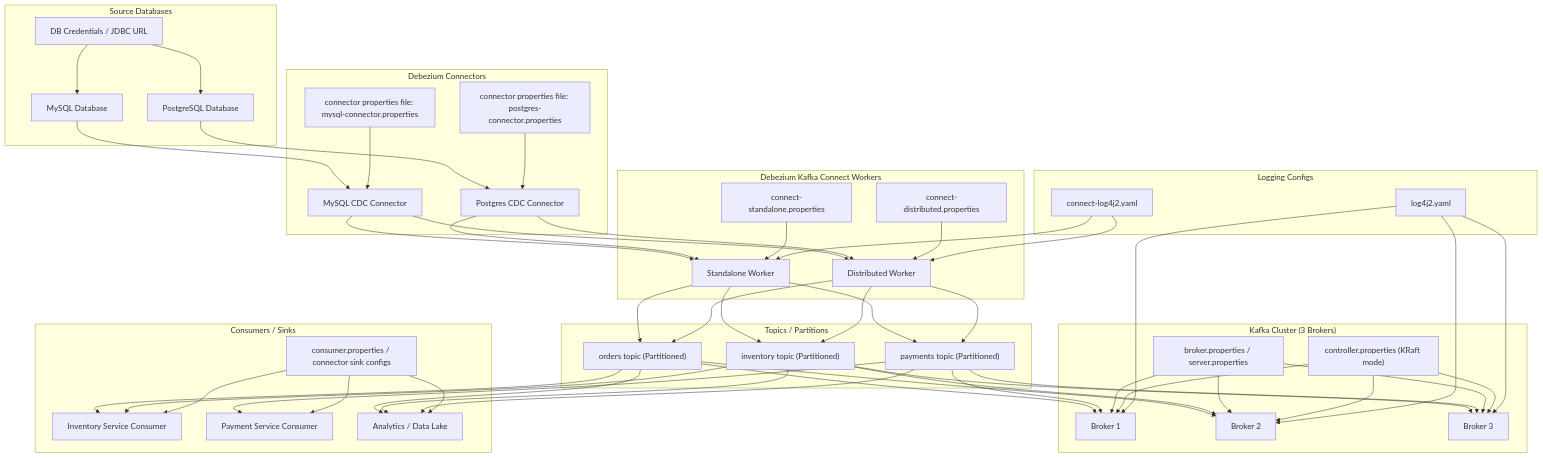
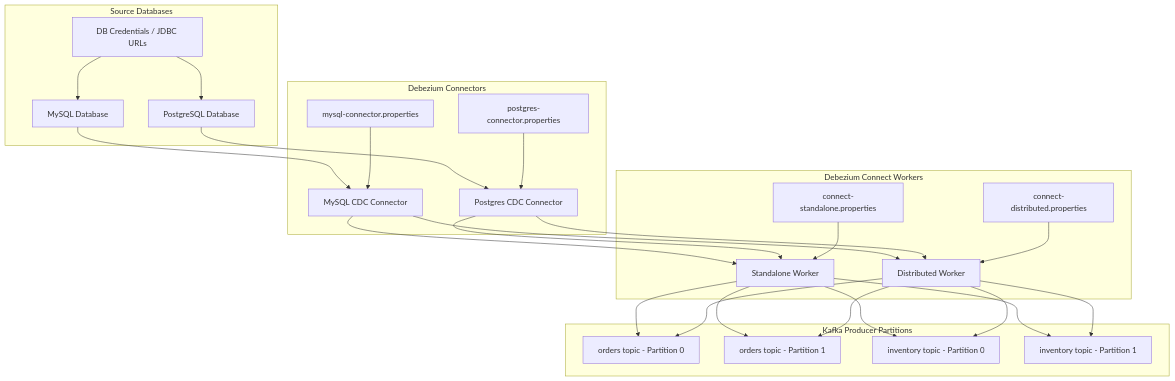
The first of 5 diagrams in README.md (Mallick17/AWS-Analytics), drawn with Mermaid before and after one commit.

````diff
--- a/README.md
+++ b/README.md
@@ -443,68 +443,56 @@
 ```mermaid
 flowchart TD
 
-%% Source Databases
+%% ============================
+%% SOURCE DATABASES
+%% ============================
 subgraph SourceDB["Source Databases"]
     MySQLDB[MySQL Database]
     PostgresDB[PostgreSQL Database]
-    DBConfig["DB Credentials / JDBC URL"]
+    DBConfig["DB Credentials / JDBC URLs"]
 end
 
-%% Debezium Connect Workers
-subgraph Debezium["Debezium Kafka Connect Workers"]
+%% ============================
+%% DEBEZIUM CONNECT WORKERS
+%% ============================
+subgraph DebeziumWorkers["Debezium Connect Workers"]
     Standalone[Standalone Worker]
     Distributed[Distributed Worker]
     StandaloneConfig["connect-standalone.properties"]
     DistributedConfig["connect-distributed.properties"]
 end
 
-%% Debezium Connectors
+%% ============================
+%% DEBEZIUM CONNECTORS
+%% ============================
 subgraph Connectors["Debezium Connectors"]
     MySQLConnector[MySQL CDC Connector]
     PostgresConnector[Postgres CDC Connector]
-    ConnectorConfig1["connector properties file: mysql-connector.properties"]
-    ConnectorConfig2["connector properties file: postgres-connector.properties"]
+    ConnectorConfig1["mysql-connector.properties"]
+    ConnectorConfig2["postgres-connector.properties"]
 end
 
-%% Kafka Cluster
-subgraph KafkaCluster["Kafka Cluster (3 Brokers)"]
-    Broker1[Broker 1]
-    Broker2[Broker 2]
-    Broker3[Broker 3]
-    BrokerConfig["broker.properties / server.properties"]
-    ControllerConfig["controller.properties (KRaft mode)"]
+%% ============================
+%% KAFKA PRODUCER PARTITIONS
+%% ============================
+subgraph KafkaProducers["Kafka Producer Partitions"]
+    OrdersP0["orders topic - Partition 0"]
+    OrdersP1["orders topic - Partition 1"]
+    InventoryP0["inventory topic - Partition 0"]
+    InventoryP1["inventory topic - Partition 1"]
 end
 
-%% Kafka Topics
-subgraph Topics["Topics / Partitions"]
-    OrdersTopic["orders topic (Partitioned)"]
-    InventoryTopic["inventory topic (Partitioned)"]
-    PaymentsTopic["payments topic (Partitioned)"]
-end
+%% ============================
+%% CONNECTIONS
+%% ============================
 
-%% Consumers / Sinks
-subgraph Consumers["Consumers / Sinks"]
-    InventoryService[Inventory Service Consumer]
-    PaymentService[Payment Service Consumer]
-    Analytics[Analytics / Data Lake]
-    ConsumerConfig["consumer.properties / connector sink configs"]
-end
-
-%% Logging
-subgraph Logging["Logging Configs"]
-    Log4j2[log4j2.yaml]
-    ConnectLog[connect-log4j2.yaml]
-end
-
-%% Connections
-
-%% Source DB -> Debezium Connect
+%% Database -> Connectors
 MySQLDB --> MySQLConnector
 PostgresDB --> PostgresConnector
 DBConfig --> MySQLDB
 DBConfig --> PostgresDB
 
-%% Connector -> Connect Worker
+%% Connectors -> Workers
 MySQLConnector --> Standalone
 MySQLConnector --> Distributed
 PostgresConnector --> Standalone
@@ -514,43 +502,14 @@
 StandaloneConfig --> Standalone
 DistributedConfig --> Distributed
 
-%% Connect Workers -> Kafka
-Standalone --> OrdersTopic
-Distributed --> OrdersTopic
-Standalone --> InventoryTopic
-Distributed --> InventoryTopic
-Standalone --> PaymentsTopic
-Distributed --> PaymentsTopic
+%% Workers -> Kafka Producer Partitions
+Standalone --> OrdersP0
+Standalone --> OrdersP1
+Standalone --> InventoryP0
+Standalone --> InventoryP1
 
-%% Kafka Brokers
-OrdersTopic --> Broker1
-OrdersTopic --> Broker2
-InventoryTopic --> Broker2
-InventoryTopic --> Broker3
-PaymentsTopic --> Broker3
-PaymentsTopic --> Broker1
-BrokerConfig --> Broker1
-BrokerConfig --> Broker2
-BrokerConfig --> Broker3
-ControllerConfig --> Broker1
-ControllerConfig --> Broker2
-ControllerConfig --> Broker3
-
-%% Kafka Topics -> Consumers
-OrdersTopic --> InventoryService
-InventoryTopic --> InventoryService
-PaymentsTopic --> PaymentService
-OrdersTopic --> Analytics
-InventoryTopic --> Analytics
-PaymentsTopic --> Analytics
-ConsumerConfig --> InventoryService
-ConsumerConfig --> PaymentService
-ConsumerConfig --> Analytics
-
-%% Logging
-Log4j2 --> Broker1
-Log4j2 --> Broker2
-Log4j2 --> Broker3
-ConnectLog --> Standalone
-ConnectLog --> Distributed
+Distributed --> OrdersP0
+Distributed --> OrdersP1
+Distributed --> InventoryP0
+Distributed --> InventoryP1
 ```
````
